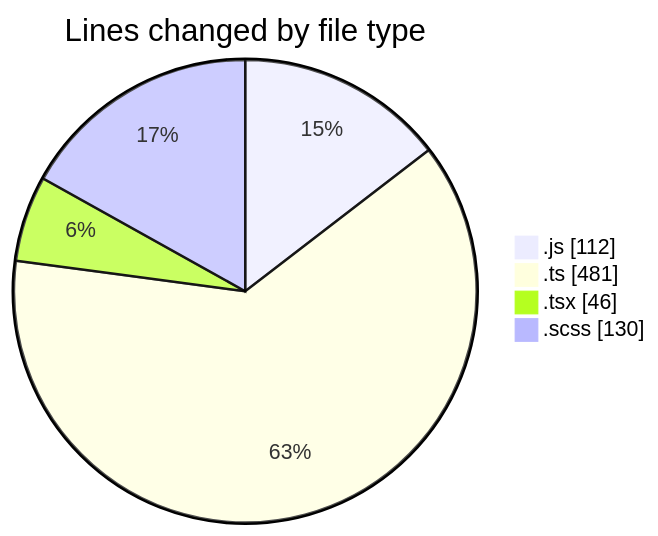
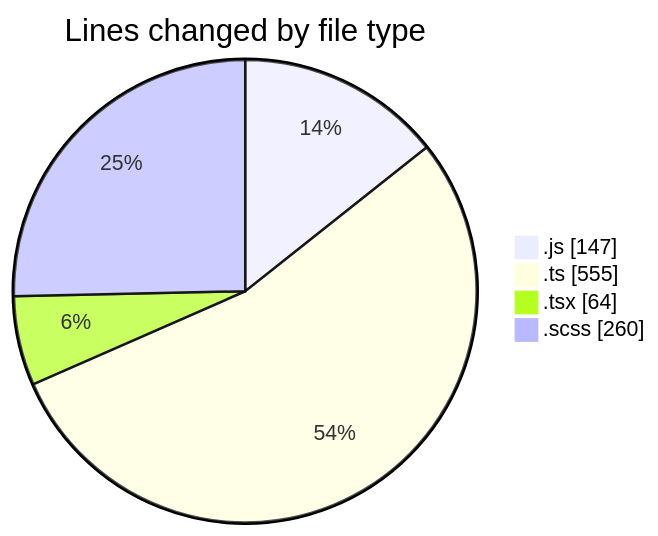
One commit to momahboobian/code-tracking changed the first of 2 diagrams in 2025-06-18/cda/README.md. Above: the diagram before and after it, drawn with Mermaid. The commit also changed other lines of this file and 1 other file, not shown here.

````diff
--- a/2025-06-18/cda/README.md
+++ b/2025-06-18/cda/README.md
@@ -37,8 +37,8 @@
 ```mermaid
 pie showData
 title Lines changed by file type
-".js" : 112
-".ts" : 481
-".tsx" : 46
-".scss" : 130
+".js" : 147
+".ts" : 555
+".tsx" : 64
+".scss" : 260
 ```
````
